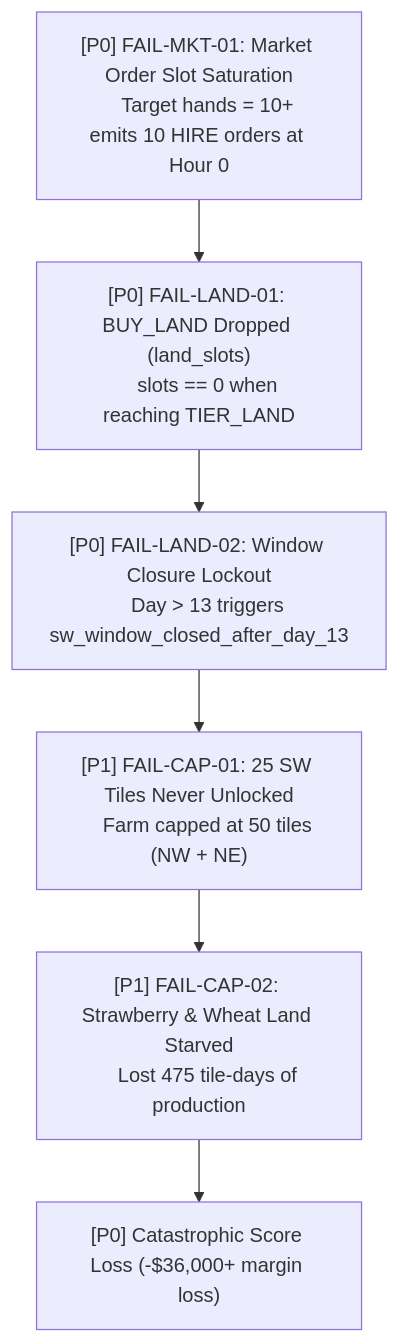
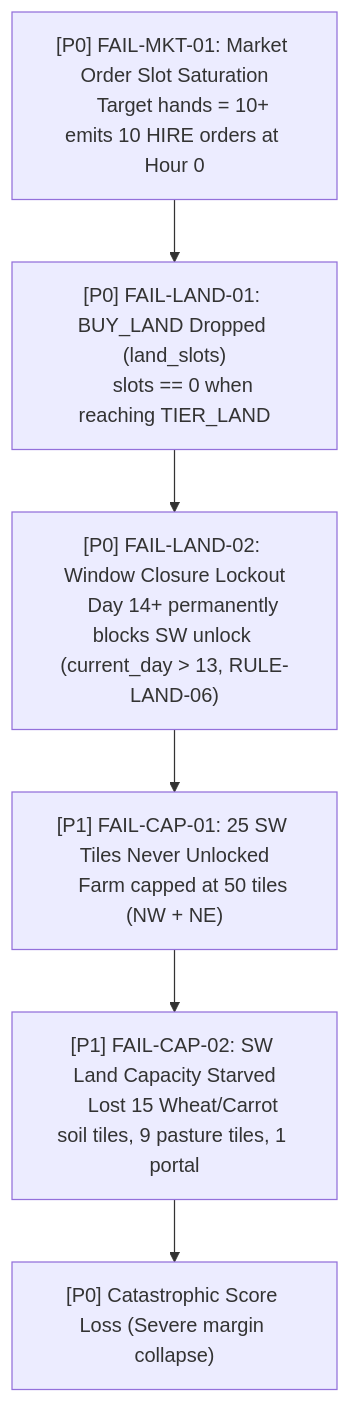
One commit to aaryasj0310-stack/farm changed the first of 10 diagrams in architecture/failure_propagation.md. Above: the diagram before and after it, drawn with Mermaid. The commit also changed other lines of this file and 242 other files, not shown here.

````diff
--- a/architecture/failure_propagation.md
+++ b/architecture/failure_propagation.md
@@ -22,16 +30,16 @@
 ```mermaid
 flowchart TD
     F1["[P0] FAIL-MKT-01: Market Order Slot Saturation
     Target hands = 10+ emits 10 HIRE orders at Hour 0"]
     F2["[P0] FAIL-LAND-01: BUY_LAND Dropped (land_slots)
     slots == 0 when reaching TIER_LAND"]
     F3["[P0] FAIL-LAND-02: Window Closure Lockout
-    Day > 13 triggers sw_window_closed_after_day_13"]
+    Day 14+ permanently blocks SW unlock (current_day > 13, RULE-LAND-06)"]
     F4["[P1] FAIL-CAP-01: 25 SW Tiles Never Unlocked
     Farm capped at 50 tiles (NW + NE)"]
-    F5["[P1] FAIL-CAP-02: Strawberry & Wheat Land Starved
-    Lost 475 tile-days of production"]
-    F6["[P0] Catastrophic Score Loss (-$36,000+ margin loss)"]
+    F5["[P1] FAIL-CAP-02: SW Land Capacity Starved
+    Lost 15 Wheat/Carrot soil tiles, 9 pasture tiles, 1 portal"]
+    F6["[P0] Catastrophic Score Loss (Severe margin collapse)"]
 
     F1 --> F2 --> F3 --> F4 --> F5 --> F6
 ```
````
